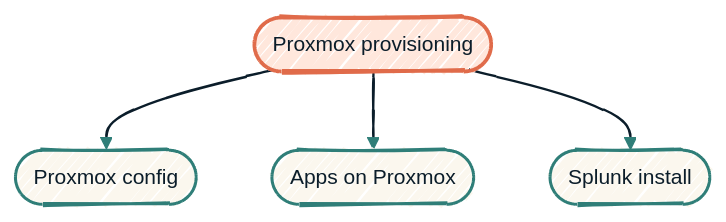
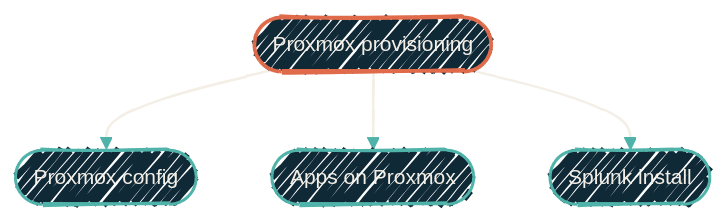
The diagram in configuration/overview.mdx (dryvist/docs), drawn with Mermaid before and after one commit. The commit also changed 11 other files, not shown here.

````diff
--- a/configuration/overview.mdx
+++ b/configuration/overview.mdx
@@ -16,20 +16,20 @@
 ```mermaid
-%%{init: {'theme':'base','look':'handDrawn','themeVariables':{'fontFamily':'Geist','fontSize':'14px','primaryColor':'#FBF7EE','primaryTextColor':'#0B1D2A','primaryBorderColor':'#2F7E78','lineColor':'#2F7E78','secondaryColor':'#F4EFE6','tertiaryColor':'#FFE7DC','clusterBkg':'rgba(47,126,120,0.06)','clusterBorder':'#2F7E78'}}}%%
+%%{init: {'theme':'base','look':'handDrawn','themeVariables':{'fontFamily':'Geist','fontSize':'14px','primaryColor':'#102937','primaryTextColor':'#F4EFE6','primaryBorderColor':'#4FB3A9','lineColor':'#4FB3A9','secondaryColor':'#0B1D2A','tertiaryColor':'#1A2A38','clusterBkg':'rgba(79,179,169,0.08)','clusterBorder':'#4FB3A9'}}}%%
 flowchart TB
   TF([Proxmox provisioning])
   AP([Proxmox config])
   APA([Apps on Proxmox])
   AS([Splunk install])
 
   TF --> AP
   TF --> APA
   TF --> AS
 
-  classDef provision fill:#FFE7DC,stroke:#E06B4A,stroke-width:2.5px,color:#0B1D2A;
-  classDef config    fill:#FBF7EE,stroke:#2F7E78,stroke-width:2px,color:#0B1D2A;
+  classDef provision fill:#102937,stroke:#E06B4A,stroke-width:2.5px,color:#F4EFE6;
+  classDef config    fill:#102937,stroke:#4FB3A9,stroke-width:2px,color:#F4EFE6;
 
   class TF provision
   class AP,APA,AS config
 
-  linkStyle 0,1,2 stroke:#0B1D2A,stroke-width:1.5px;
+  linkStyle 0,1,2 stroke:#F4EFE6,stroke-width:1.5px;
 ```
````
